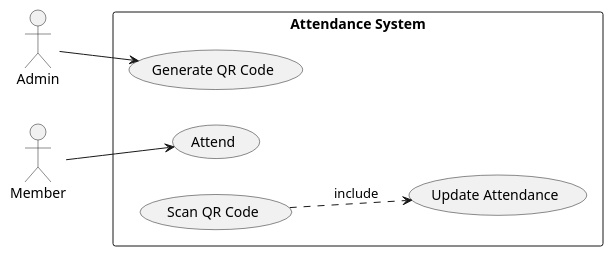
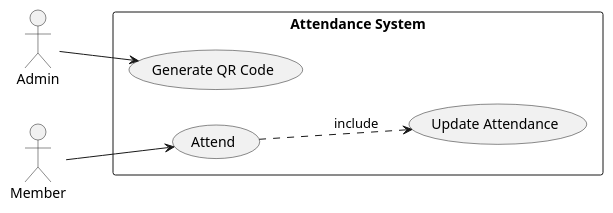
Before and after one commit to fwidjaya20/fazzlearning-uml: the diagram in UseCase/Release05/AttendanceSubSystem.wsd, drawn with PlantUML. The commit also changed 138 other files, not shown here.

Commit message:
fix(diagram): fix some wording, remove sequence footbox

```diff
--- a/UseCase/Release05/AttendanceSubSystem.wsd
+++ b/UseCase/Release05/AttendanceSubSystem.wsd
@@ -1,19 +1,19 @@
 @startuml AttendanceSubSystem
 
 left to right direction
 
 skinparam Monochrome true
 skinparam Shadowing false
 skinparam packageStyle rectangle
 
 actor Admin
 actor Member
 
 rectangle "Attendance System" {
     Admin --> (Generate QR Code)
     Member --> (Attend)
 
-    (Scan QR Code) ..> (Update Attendance) : include
+    (Attend) ..> (Update Attendance) : include
 }
 
 @enduml
```
